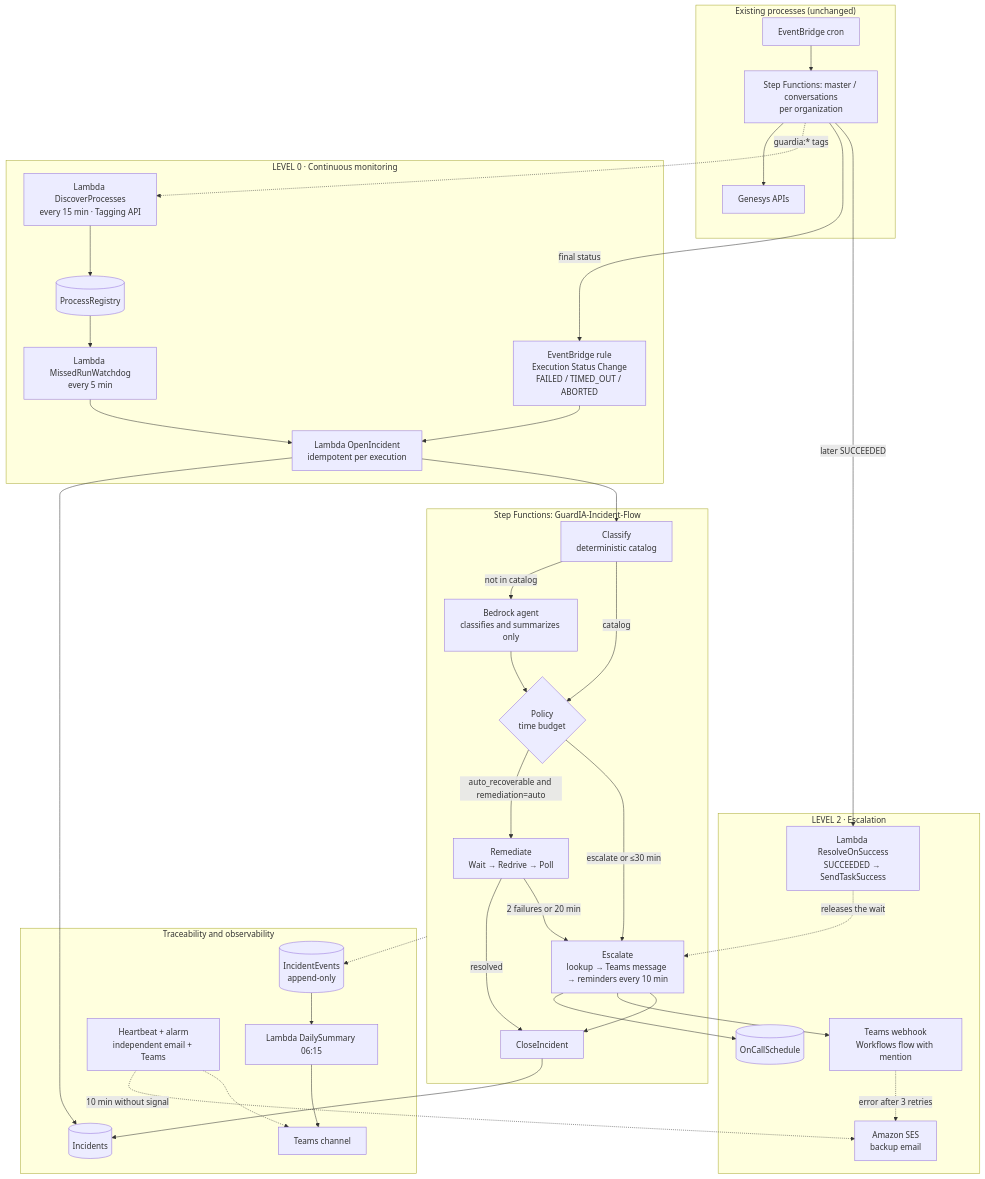
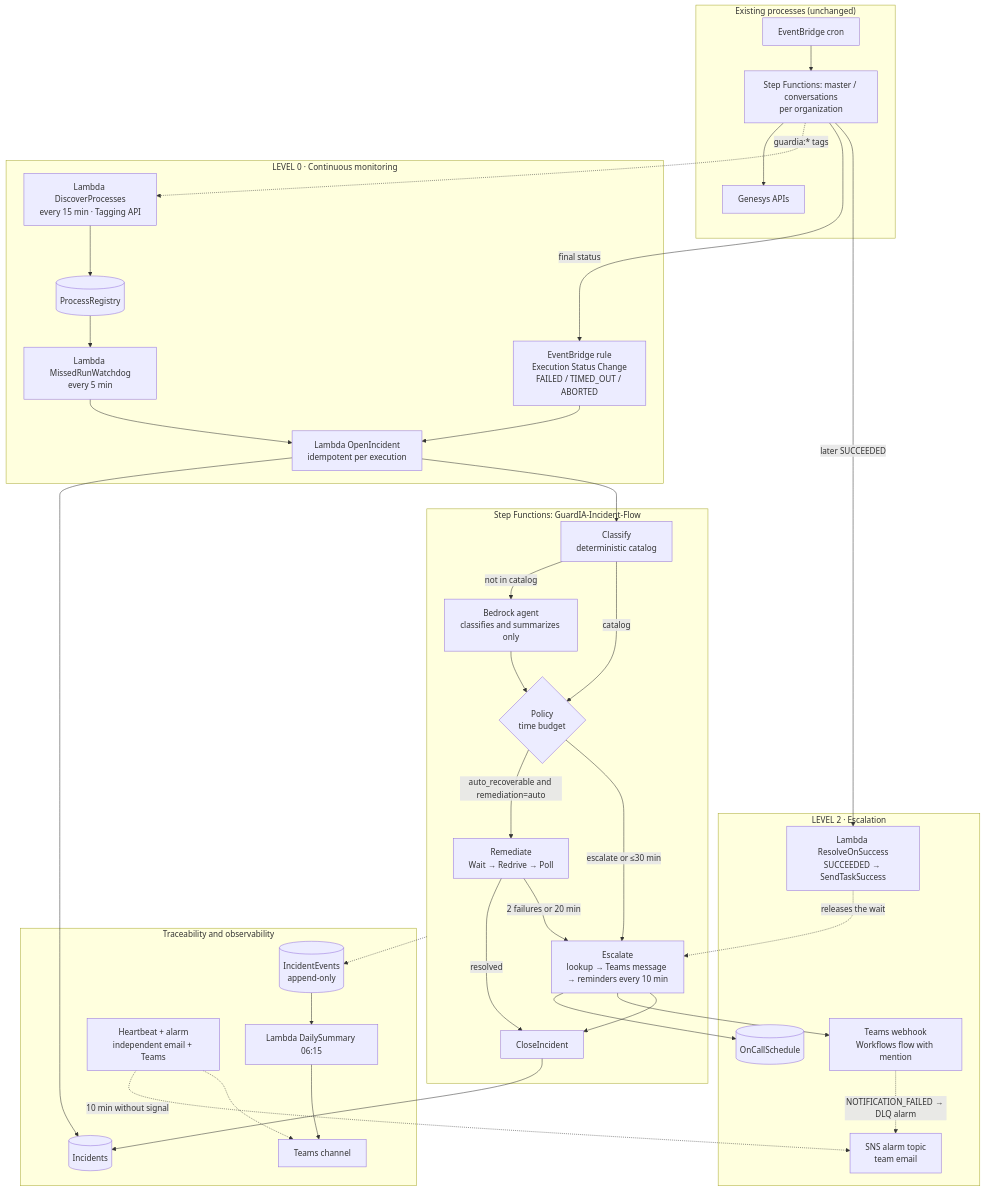
One commit to hrpalmaen/GuardIA changed the first of 3 diagrams in .kiro/specs/guardia/design.md. Above: the diagram before and after it, drawn with Mermaid. The commit also changed other lines of this file and 3 other files, not shown here.

````diff
--- a/.kiro/specs/guardia/design.md
+++ b/.kiro/specs/guardia/design.md
@@ -13,62 +13,62 @@
 ```mermaid
 flowchart TB
     subgraph Existing["Existing processes (unchanged)"]
         EBR["EventBridge cron"] --> PROC["Step Functions: master / conversations\nper organization"]
         PROC --> GEN[Genesys APIs]
     end
 
     subgraph N0["LEVEL 0 · Continuous monitoring"]
         DISC["Lambda DiscoverProcesses\nevery 15 min · Tagging API"]
         REG[(ProcessRegistry)]
         EVT["EventBridge rule\nExecution Status Change\nFAILED / TIMED_OUT / ABORTED"]
         WD["Lambda MissedRunWatchdog\nevery 5 min"]
         OPEN["Lambda OpenIncident\nidempotent per execution"]
     end
 
     subgraph FLOW["Step Functions: GuardIA-Incident-Flow"]
         CLS["Classify\ndeterministic catalog"]
         AG["Bedrock agent\nclassifies and summarizes only"]
         POL{"Policy\ntime budget"}
         REM["Remediate\nWait → Redrive → Poll"]
         ESC["Escalate\nlookup → Teams message → reminders every 10 min"]
         CLOSE["CloseIncident"]
     end
 
     subgraph N2["LEVEL 2 · Escalation"]
         ONC[(OnCallSchedule)]
         TW["Teams webhook\nWorkflows flow with mention"]
-        MAIL["Amazon SES\nbackup email"]
+        MAIL["SNS alarm topic\nteam email"]
         RES["Lambda ResolveOnSuccess\nSUCCEEDED → SendTaskSuccess"]
     end
 
     subgraph TR["Traceability and observability"]
         INC[(Incidents)]
         AUD[(IncidentEvents\nappend-only)]
         SUM["Lambda DailySummary 06:15"]
         TEAMS[Teams channel]
         HB["Heartbeat + alarm\nindependent email + Teams"]
     end
 
     DISC --> REG
     PROC -.->|guardia:* tags| DISC
     PROC -->|final status| EVT --> OPEN
     REG --> WD --> OPEN
     OPEN --> INC
     OPEN --> CLS
     CLS -->|not in catalog| AG --> POL
     CLS -->|catalog| POL
     POL -->|auto_recoverable and remediation=auto| REM
     POL -->|escalate or ≤30 min| ESC
     REM -->|resolved| CLOSE
     REM -->|2 failures or 20 min| ESC
     ESC --> ONC
     ESC --> TW
-    TW -.->|error after 3 retries| MAIL
+    TW -.->|NOTIFICATION_FAILED → DLQ alarm| MAIL
     PROC -->|later SUCCEEDED| RES -.->|releases the wait| ESC
     ESC --> CLOSE
     FLOW -.-> AUD
     CLOSE --> INC
     AUD --> SUM --> TEAMS
     HB -.->|10 min without signal| MAIL
     HB -.-> TEAMS
 ```
````
